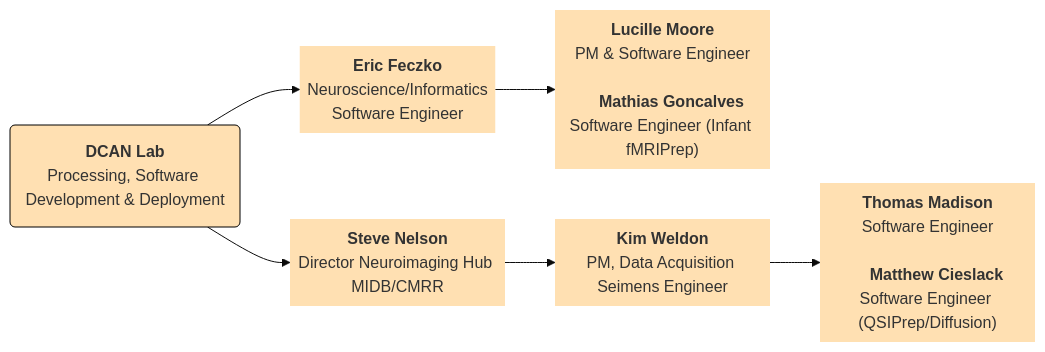
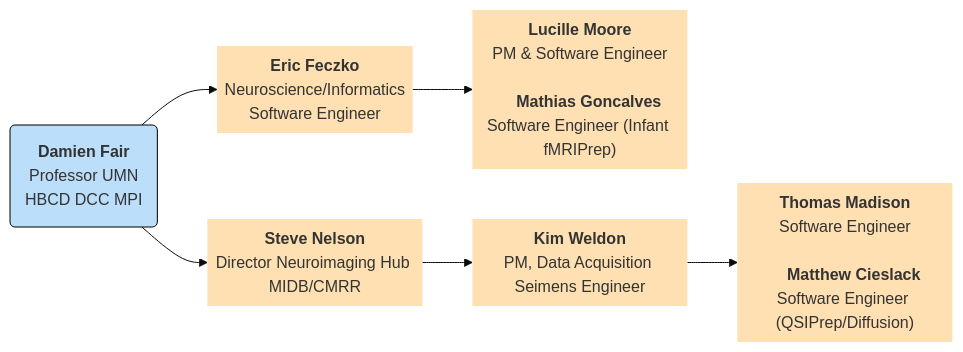
Before and after one commit to DCAN-Labs/hbcd-docs-internal: the sixth of 6 diagrams in docs/orgcharts.md, drawn with Mermaid (base theme). The commit also changed other lines of this file, not shown here.

Commit message:
remove org names from UMN groups

````diff
--- a/docs/orgcharts.md
+++ b/docs/orgcharts.md
@@ -373,25 +372,25 @@
 ```mermaid
 ---
 config:
   layout: dagre
 ---
 flowchart LR
-    D["<b>DCAN Lab</b><br>Processing, Software Development &amp; Deployment"] --> S["<b>Eric Feczko</b><br>Neuroscience/Informatics<br>Software Engineer"] & T["<b>Steve Nelson</b><br>Director Neuroimaging Hub MIDB/CMRR"]
+    D["<b>Damien Fair</b><br>Professor UMN<br>HBCD DCC MPI"] --> S["<b>Eric Feczko</b><br>Neuroscience/Informatics<br>Software Engineer"] & T["<b>Steve Nelson</b><br>Director Neuroimaging Hub MIDB/CMRR"]
     S --> s1["<b>Lucille Moore</b><br>PM &amp; Software Engineer<br>
     <b>Mathias Goncalves</b><br>Software Engineer (Infant fMRIPrep)"]
     T --> t1["<b>Kim Weldon</b><br>PM, Data Acquisition Seimens Engineer"]
     t1 --> t2["<b>Thomas Madison</b><br>Software Engineer<br>
     <b>Matthew Cieslack</b><br>Software Engineer (QSIPrep/Diffusion)"]
     D@{ shape: rounded}
     S@{ shape: text}
     T@{ shape: text}
     s1@{ shape: text}
     t1@{ shape: text}
     t2@{ shape: text}
-    style D stroke:#000000,fill:#FFE0B2
+    style D stroke:#000000,fill:#BBDEFB
     style S stroke:#000000,fill:#FFE0B2
     style T stroke:#000000,fill:#FFE0B2
     style s1 fill:#FFE0B2
     style t1 fill:#FFE0B2
     style t2 fill:#FFE0B2
 ```
````
